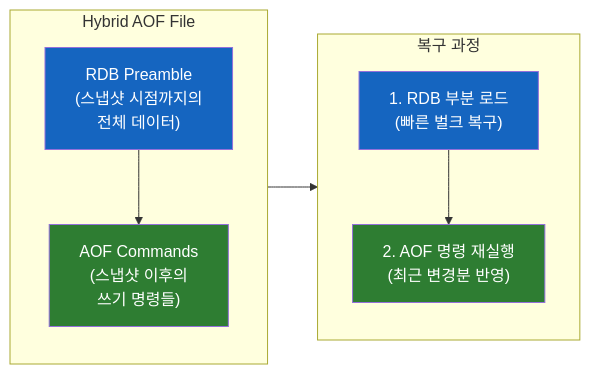
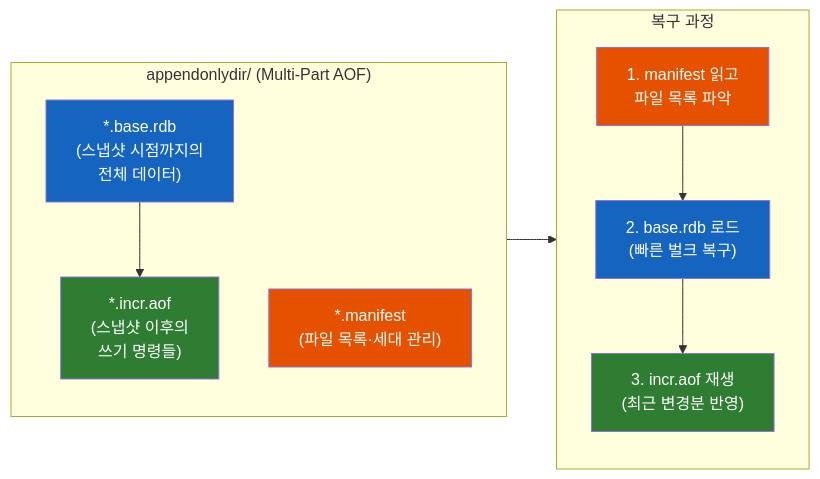
The third of 3 diagrams in redis/Redis-운영에서-반드시-알아야-할-것들-KEYS의-함정과-영속성-전략.md (sskim91/TIL), drawn with Mermaid before and after one commit. The commit also changed other lines of this file and 8 other files, not shown here.

````diff
--- a/redis/Redis-운영에서-반드시-알아야-할-것들-KEYS의-함정과-영속성-전략.md
+++ b/redis/Redis-운영에서-반드시-알아야-할-것들-KEYS의-함정과-영속성-전략.md
@@ -217,21 +229,25 @@
 ```mermaid
 flowchart LR
-    subgraph AOF["Hybrid AOF File"]
-        RDB["RDB Preamble<br>(스냅샷 시점까지의<br>전체 데이터)"]
-        CMDS["AOF Commands<br>(스냅샷 이후의<br>쓰기 명령들)"]
-        RDB --> CMDS
+    subgraph AOF["appendonlydir/ (Multi-Part AOF)"]
+        BASE["*.base.rdb<br>(스냅샷 시점까지의<br>전체 데이터)"]
+        INCR["*.incr.aof<br>(스냅샷 이후의<br>쓰기 명령들)"]
+        MANIFEST["*.manifest<br>(파일 목록·세대 관리)"]
+        BASE --> INCR
     end
 
     subgraph Recovery["복구 과정"]
-        R1["1. RDB 부분 로드<br>(빠른 벌크 복구)"]
-        R2["2. AOF 명령 재실행<br>(최근 변경분 반영)"]
-        R1 --> R2
+        R1["1. manifest 읽고<br>파일 목록 파악"]
+        R2["2. base.rdb 로드<br>(빠른 벌크 복구)"]
+        R3["3. incr.aof 재생<br>(최근 변경분 반영)"]
+        R1 --> R2 --> R3
     end
 
     AOF --> Recovery
 
-    style RDB fill:#1565C0,color:#fff
-    style CMDS fill:#2E7D32,color:#fff
-    style R1 fill:#1565C0,color:#fff
-    style R2 fill:#2E7D32,color:#fff
+    style BASE fill:#1565C0,color:#fff
+    style INCR fill:#2E7D32,color:#fff
+    style MANIFEST fill:#E65100,color:#fff
+    style R1 fill:#E65100,color:#fff
+    style R2 fill:#1565C0,color:#fff
+    style R3 fill:#2E7D32,color:#fff
 ```
````
